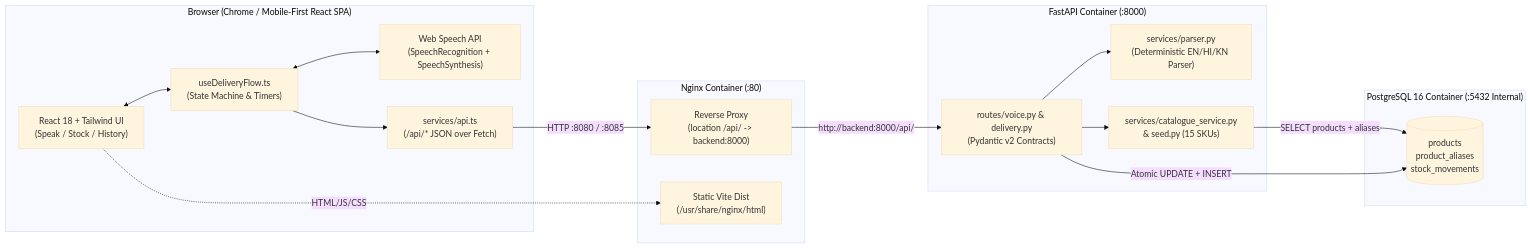
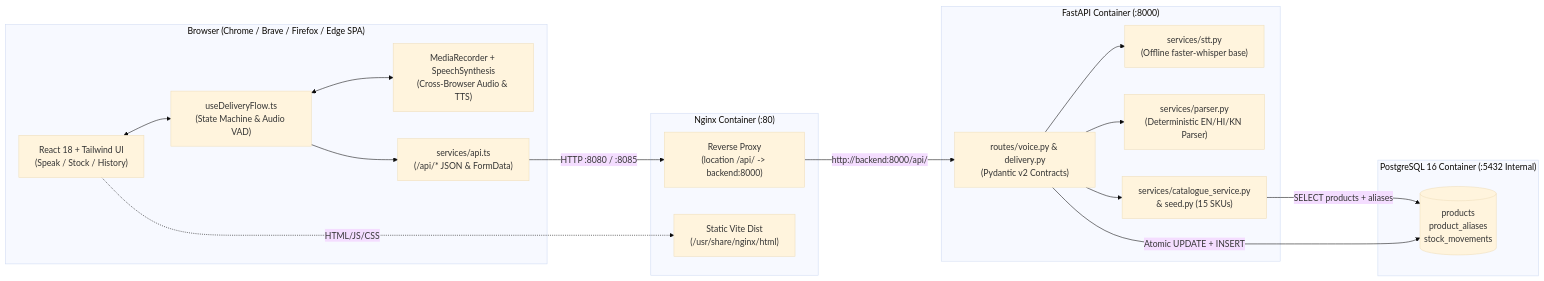
The first of 3 diagrams in docs/04-architecture.md (Ravichandranayakar/kiranaflow), drawn with Mermaid (base theme) before and after one commit. The commit also changed 17 other files, not shown here.

Commit message:
feat(voice): replace browser SpeechRecognition with universal MediaRecorder + offline Whisper STT

````diff
--- a/docs/04-architecture.md
+++ b/docs/04-architecture.md
@@ -7,35 +7,37 @@
 ```mermaid
 flowchart LR
-    subgraph Client["Browser (Chrome / Mobile-First React SPA)"]
+    subgraph Client["Browser (Chrome / Brave / Firefox / Edge SPA)"]
         UI["React 18 + Tailwind UI\n(Speak / Stock / History)"]
-        Hook["useDeliveryFlow.ts\n(State Machine & Timers)"]
-        WebSpeech["Web Speech API\n(SpeechRecognition + SpeechSynthesis)"]
-        ApiClient["services/api.ts\n(/api/* JSON over Fetch)"]
+        Hook["useDeliveryFlow.ts\n(State Machine & Audio VAD)"]
+        WebSpeech["MediaRecorder + SpeechSynthesis\n(Cross-Browser Audio & TTS)"]
+        ApiClient["services/api.ts\n(/api/* JSON & FormData)"]
         UI <--> Hook
         Hook <--> WebSpeech
         Hook --> ApiClient
     end
 
     subgraph Proxy["Nginx Container (:80)"]
         Static["Static Vite Dist\n(/usr/share/nginx/html)"]
         ApiProxy["Reverse Proxy\n(location /api/ -> backend:8000)"]
     end
 
     subgraph Backend["FastAPI Container (:8000)"]
         Routes["routes/voice.py & delivery.py\n(Pydantic v2 Contracts)"]
+        STT["services/stt.py\n(Offline faster-whisper base)"]
         Parser["services/parser.py\n(Deterministic EN/HI/KN Parser)"]
         CatSvc["services/catalogue_service.py\n& seed.py (15 SKUs)"]
+        Routes --> STT
         Routes --> Parser
         Routes --> CatSvc
     end
 
     subgraph Data["PostgreSQL 16 Container (:5432 Internal)"]
         PG[("products\nproduct_aliases\nstock_movements")]
     end
 
     ApiClient -->|"HTTP :8080 / :8085"| ApiProxy
     UI -.->|"HTML/JS/CSS"| Static
     ApiProxy -->|"http://backend:8000/api/"| Routes
     CatSvc -->|"SELECT products + aliases"| PG
     Routes -->|"Atomic UPDATE + INSERT"| PG
 ```
````
